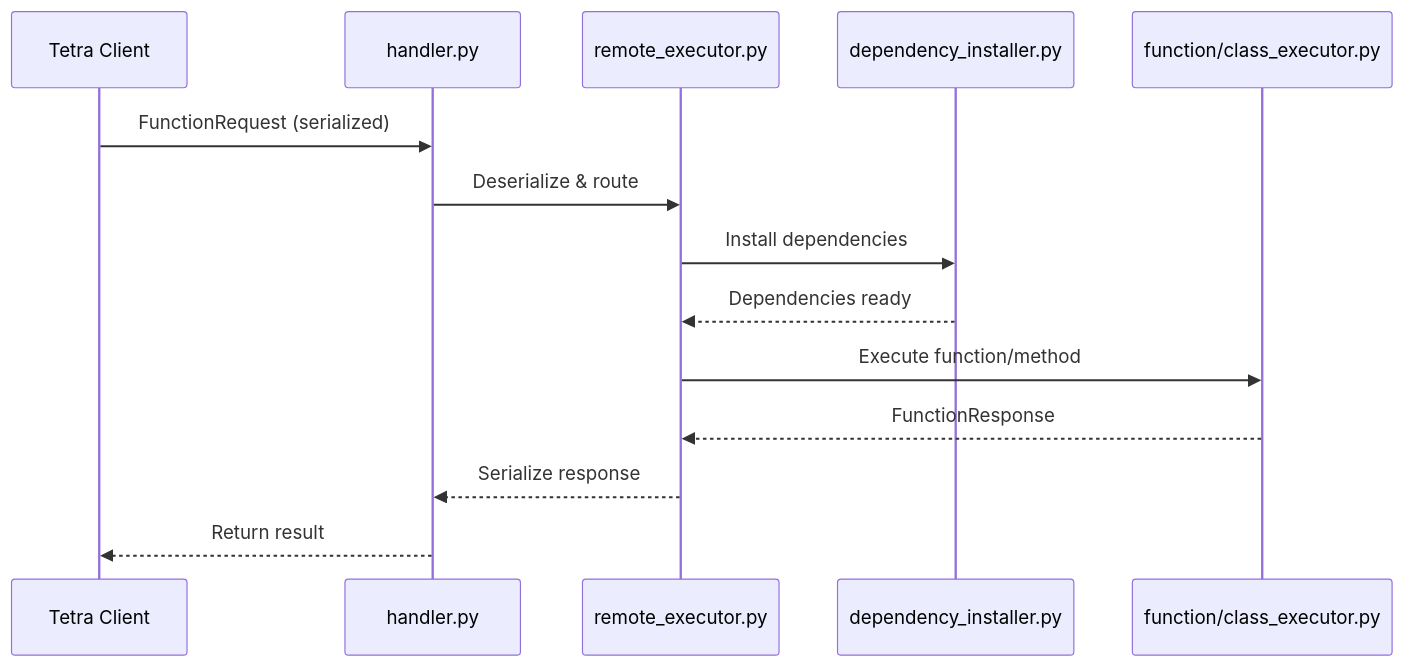
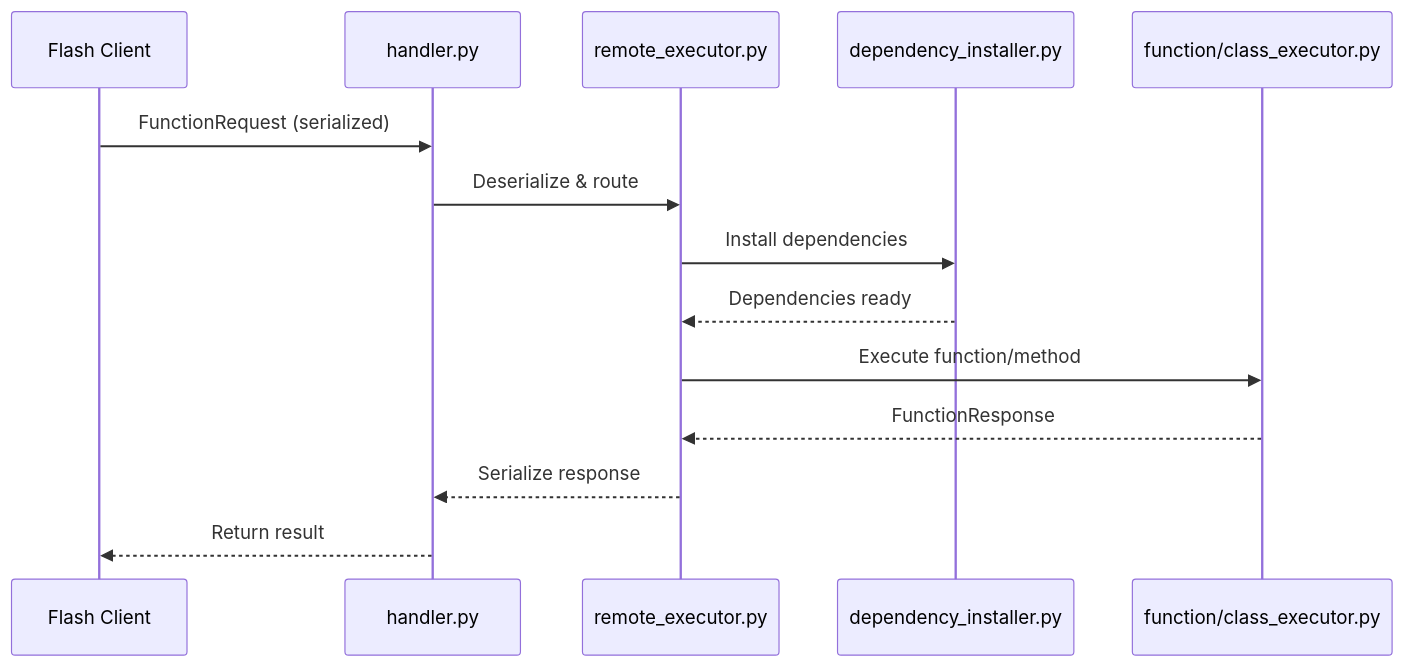
One commit to runpod-workers/worker-tetra changed the second of 3 diagrams in DEVELOPMENT.md. Above: the diagram before and after it, drawn with Mermaid. The commit also changed other lines of this file and 44 other files, not shown here.

First line of the commit message:
refactor!: rename tetra to flash (#59)

````diff
--- a/DEVELOPMENT.md
+++ b/DEVELOPMENT.md
@@ -328,17 +328,17 @@
 ```mermaid
 sequenceDiagram
-    participant Client as Tetra Client
+    participant Client as Flash Client
     participant Handler as handler.py
     participant Remote as remote_executor.py
     participant DepInst as dependency_installer.py
     participant Executor as function/class_executor.py
 
     Client->>Handler: FunctionRequest (serialized)
     Handler->>Remote: Deserialize & route
     Remote->>DepInst: Install dependencies
     DepInst-->>Remote: Dependencies ready
     Remote->>Executor: Execute function/method
     Executor-->>Remote: FunctionResponse
     Remote-->>Handler: Serialize response
     Handler-->>Client: Return result
 ```
````
